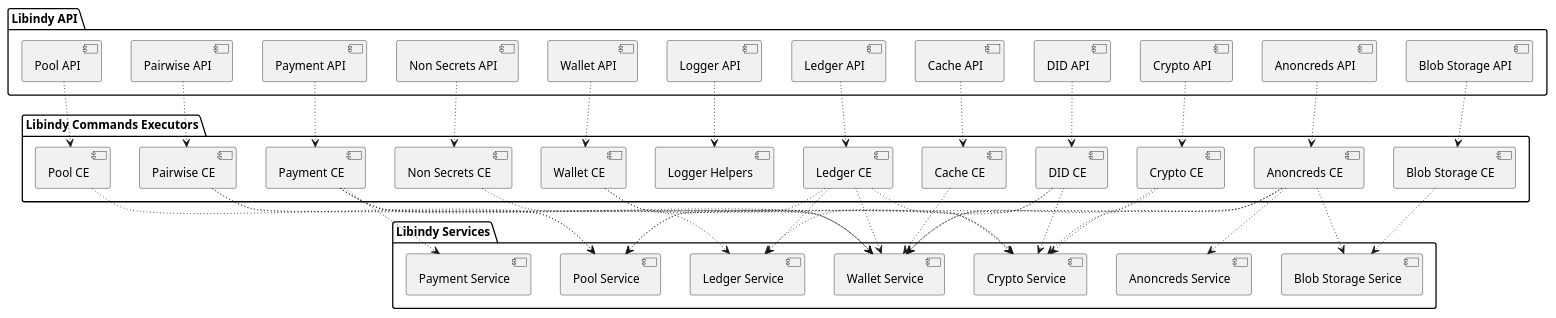
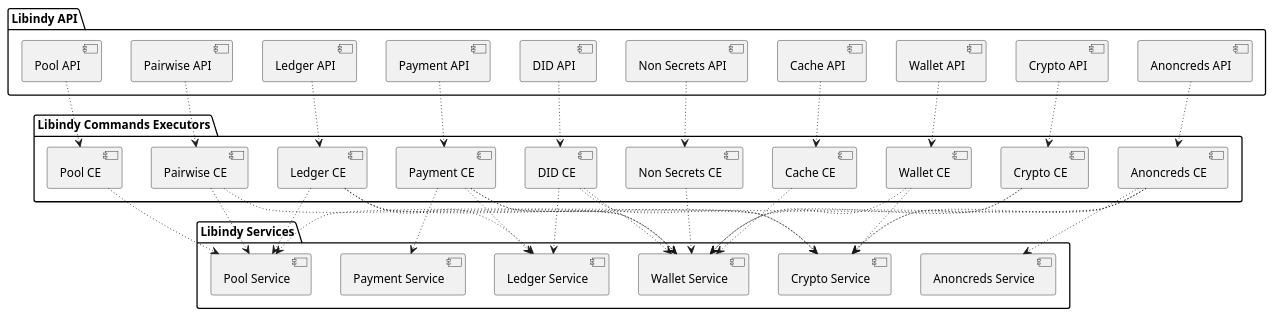
One commit to hyperledger-archives/indy-sdk changed the diagram in docs/architecture/libindy_components.puml. Above: the diagram before and after it, drawn with PlantUML. The commit also changed 1 other file, not shown here.

Commit message:
Simplify libindy components diagram by removing minor items.

```diff
--- a/docs/architecture/libindy_components.puml
+++ b/docs/architecture/libindy_components.puml
@@ -1,94 +1,84 @@
 @startuml
 
 package "Libindy API" as la {
     [Anoncreds API] as anoncreds_api
-    [Blob Storage API] as bs_api
     [Cache API] as cache_api
     [Crypto API] as crypto_api
     [DID API] as did_api
     [Ledger API] as ledger_api
-    [Logger API] as logger_api
     [Non Secrets API] as nonsecrets_api
     [Pairwise API] as pairwise_api
     [Payment API] as payment_api
     [Pool API] as pool_api
     [Wallet API] as wallet_api
 }
 
 package "Libindy Commands Executors" as lce {
     [Anoncreds CE] as anoncreds_ce
-    [Blob Storage CE] as bs_ce
     [Cache CE] as cache_ce
     [Crypto CE] as crypto_ce
     [DID CE] as did_ce
     [Ledger CE] as ledger_ce
-    [Logger Helpers] as logger_ce
     [Non Secrets CE] as nonsecrets_ce
     [Pairwise CE] as pairwise_ce
     [Payment CE] as payment_ce
     [Pool CE] as pool_ce
     [Wallet CE] as wallet_ce
 }
 
 package "Libindy Services" as ls {
     [Anoncreds Service] as anoncreds_s
-    [Blob Storage Serice] as bs_s
     [Crypto Service] as crypto_s
     [Ledger Service] as ledger_s
     [Payment Service] as payment_s
     [Pool Service] as pool_s
     [Wallet Service] as wallet_s
 }
 
 anoncreds_api ~~> anoncreds_ce
-bs_api ~~> bs_ce
 cache_api ~~> cache_ce
 crypto_api ~~> crypto_ce
 did_api ~~> did_ce
 ledger_api ~~> ledger_ce
-logger_api ~~> logger_ce
 nonsecrets_api ~~> nonsecrets_ce
 pairwise_api ~~> pairwise_ce
 payment_api ~~> payment_ce
 pool_api ~~> pool_ce
 wallet_api ~~> wallet_ce
 
 anoncreds_ce ~~> anoncreds_s
-anoncreds_ce ~~> bs_s
 anoncreds_ce ~~> wallet_s
 anoncreds_ce ~~> crypto_s
 anoncreds_ce ~~> pool_s
-
-bs_ce ~~> bs_s
 
 cache_ce ~~> wallet_s
 
 crypto_ce ~~> crypto_s
 crypto_ce ~~> wallet_s
 
 did_ce ~~> crypto_s
 did_ce ~~> ledger_s
 did_ce ~~> wallet_s
 
 ledger_ce ~~> crypto_s
 ledger_ce ~~> ledger_s
 ledger_ce ~~> pool_s
 ledger_ce ~~> wallet_s
 
 nonsecrets_ce ~~> wallet_s
 
 pairwise_ce ~~> wallet_s
 
 payment_ce ~~> crypto_s
 payment_ce ~~> ledger_s
 payment_ce ~~> payment_s
 payment_ce ~~> wallet_s
 
 pairwise_ce ~~> pool_s
 
 pool_ce ~~> pool_s
 
 wallet_ce ~~> wallet_s
 wallet_ce ~~> crypto_s
 
 @enduml
```
